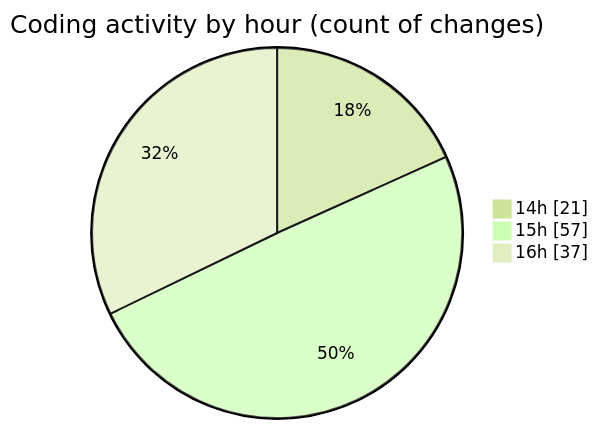
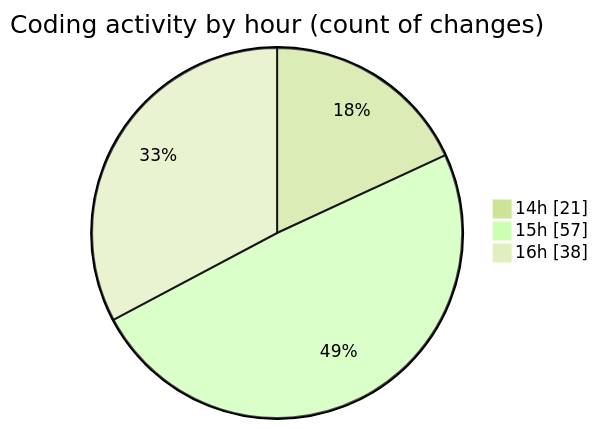
The second of 2 diagrams in 2025-05-24/projects/README.md (Ritupan-Deka/code-tracking), drawn with Mermaid (forest theme) before and after one commit. The commit also changed other lines of this file and 1 other file, not shown here.

````diff
--- a/2025-05-24/projects/README.md
+++ b/2025-05-24/projects/README.md
@@ -33,7 +33,7 @@
 ```mermaid
 pie showData
 title Coding activity by hour (count of changes)
 "14h" : 21
 "15h" : 57
-"16h" : 37
+"16h" : 38
 ```
````
